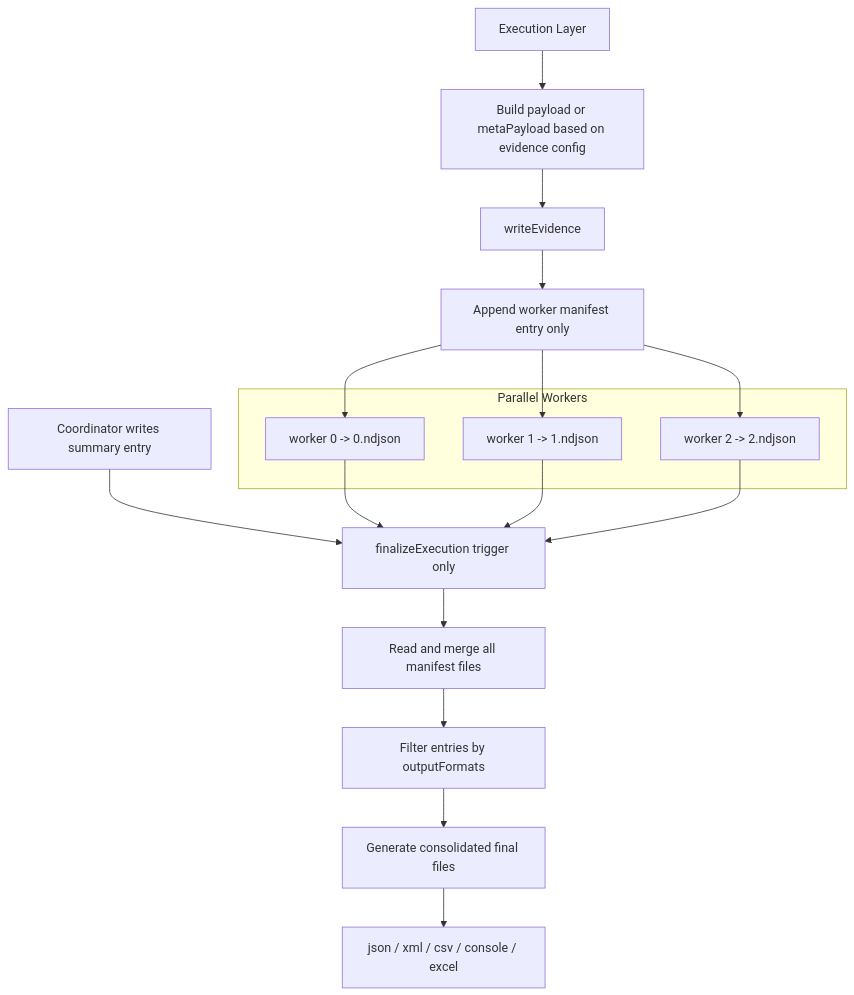
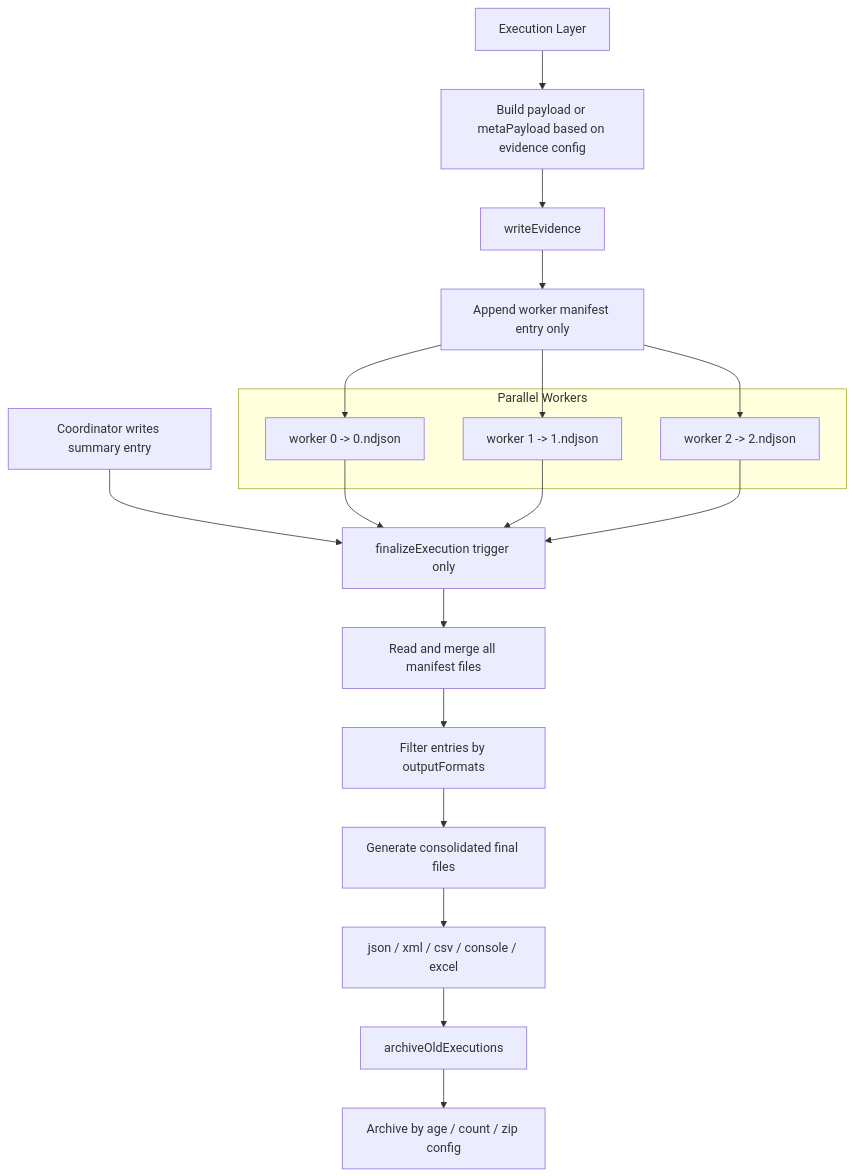
Before and after one commit to vijaytomar81/AZOnline: the diagram in src/evidenceFactory/README.md, drawn with Mermaid. The commit also changed other lines of this file, not shown here.

````diff
--- a/src/evidenceFactory/README.md
+++ b/src/evidenceFactory/README.md
@@ -344,27 +447,30 @@
 ```mermaid
 flowchart TD
 
 A[Execution Layer] --> B[Build payload or metaPayload based on evidence config]
 B --> C[writeEvidence]
 C --> D[Append worker manifest entry only]
 
 subgraph Parallel Workers
   D1[worker 0 -> 0.ndjson]
   D2[worker 1 -> 1.ndjson]
   D3[worker 2 -> 2.ndjson]
 end
 
 D --> D1
 D --> D2
 D --> D3
 
 E[Coordinator writes summary entry] --> F[finalizeExecution trigger only]
 D1 --> F
 D2 --> F
 D3 --> F
 
 F --> G[Read and merge all manifest files]
 G --> H[Filter entries by outputFormats]
 H --> I[Generate consolidated final files]
 I --> J[json / xml / csv / console / excel]
+
+J --> K[archiveOldExecutions]
+K --> L[Archive by age / count / zip config]
 ```
````
